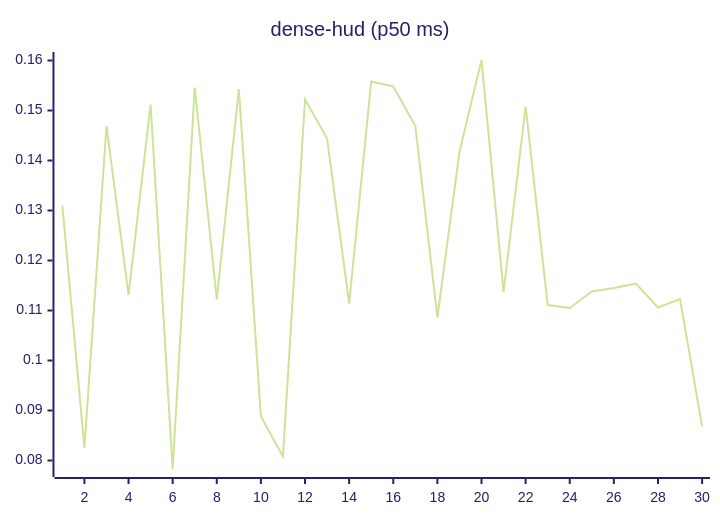
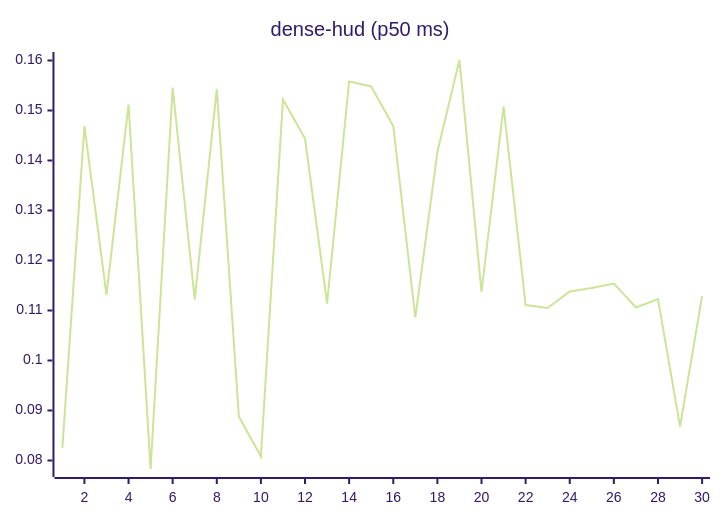
Before and after one commit to josha/Facet: the eighth of 27 diagrams in README.md, drawn with Mermaid (forest theme). The commit also changed other lines of this file and 2 other files, not shown here.

````diff
--- a/README.md
+++ b/README.md
@@ -112,6 +112,6 @@
 ```mermaid
 xychart-beta
     title "dense-hud (p50 ms)"
     x-axis 1 --> 30
-    line [0.1310, 0.0825, 0.1469, 0.1131, 0.1512, 0.0783, 0.1546, 0.1122, 0.1543, 0.0888, 0.0808, 0.1522, 0.1444, 0.1114, 0.1558, 0.1548, 0.1469, 0.1086, 0.1417, 0.1601, 0.1137, 0.1508, 0.1111, 0.1105, 0.1138, 0.1145, 0.1154, 0.1106, 0.1123, 0.0868]
+    line [0.0825, 0.1469, 0.1131, 0.1512, 0.0783, 0.1546, 0.1122, 0.1543, 0.0888, 0.0808, 0.1522, 0.1444, 0.1114, 0.1558, 0.1548, 0.1469, 0.1086, 0.1417, 0.1601, 0.1137, 0.1508, 0.1111, 0.1105, 0.1138, 0.1145, 0.1154, 0.1106, 0.1123, 0.0868, 0.1129]
 ```
````
